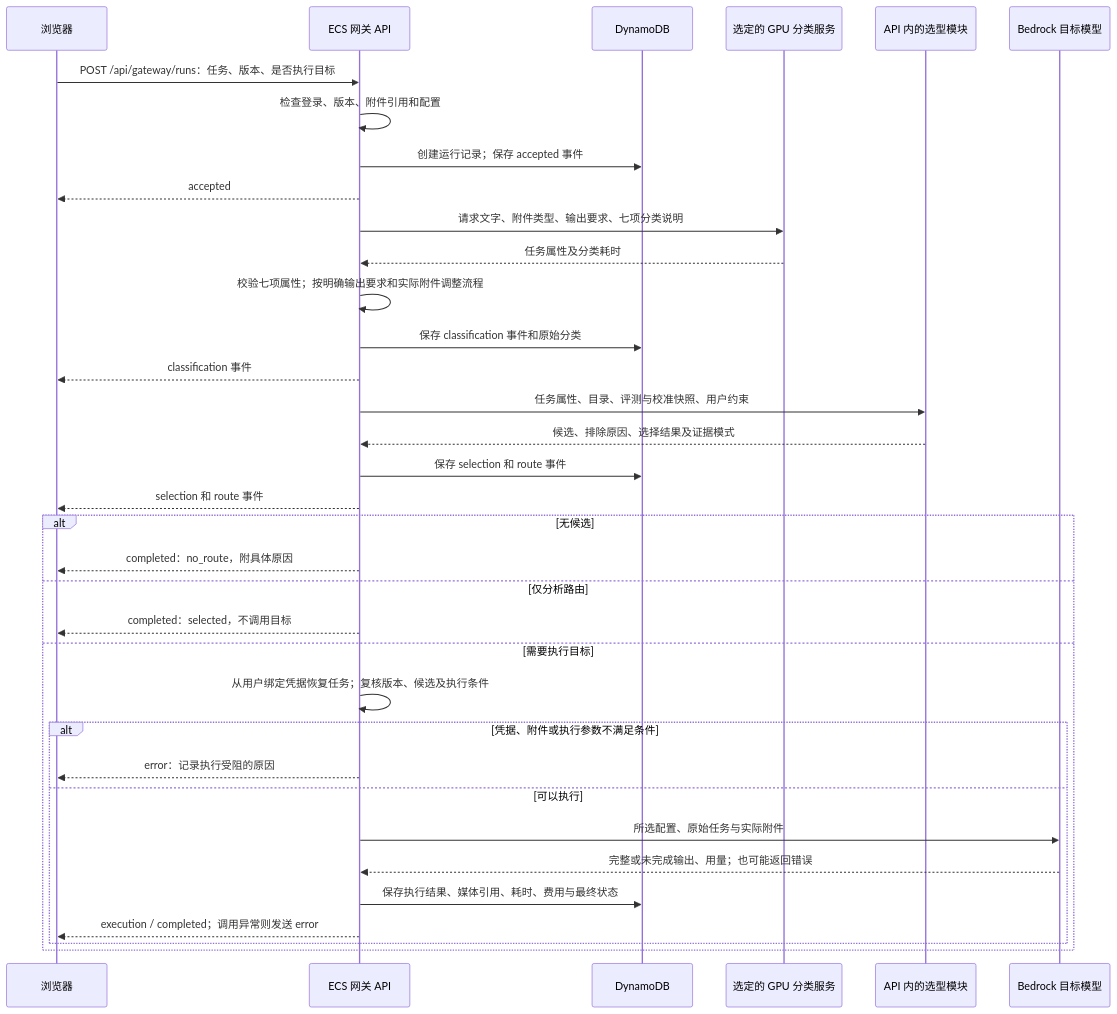
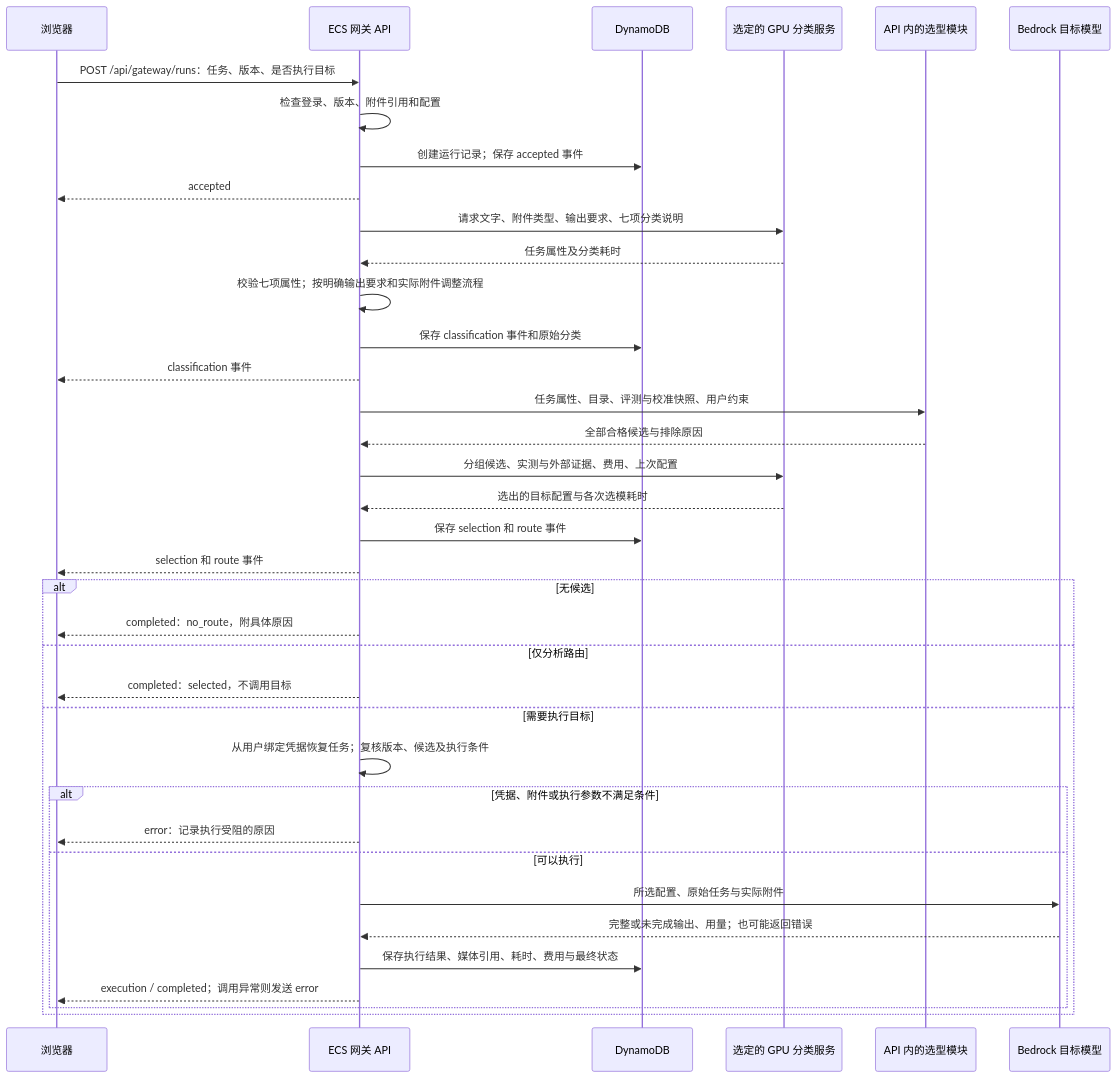
Before and after one commit to milan9527/DeciderModelRouter: the second of 2 diagrams in docs/INDEPENDENT_SERVICE.zh.md, drawn with Mermaid. The commit also changed other lines of this file and 84 other files, not shown here.

````diff
--- a/docs/INDEPENDENT_SERVICE.zh.md
+++ b/docs/INDEPENDENT_SERVICE.zh.md
@@ -62,37 +62,39 @@
 ```mermaid
 sequenceDiagram
     participant UI as 浏览器
     participant API as ECS 网关 API
     participant DB as DynamoDB
     participant GPU as 选定的 GPU 分类服务
     participant SEL as API 内的选型模块
     participant BR as Bedrock 目标模型
     UI->>API: POST /api/gateway/runs：任务、版本、是否执行目标
     API->>API: 检查登录、版本、附件引用和配置
     API->>DB: 创建运行记录；保存 accepted 事件
     API-->>UI: accepted
     API->>GPU: 请求文字、附件类型、输出要求、七项分类说明
     GPU-->>API: 任务属性及分类耗时
     API->>API: 校验七项属性；按明确输出要求和实际附件调整流程
     API->>DB: 保存 classification 事件和原始分类
     API-->>UI: classification 事件
     API->>SEL: 任务属性、目录、评测与校准快照、用户约束
-    SEL-->>API: 候选、排除原因、选择结果及证据模式
+    SEL-->>API: 全部合格候选与排除原因
+    API->>GPU: 分组候选、实测与外部证据、费用、上次配置
+    GPU-->>API: 选出的目标配置与各次选模耗时
     API->>DB: 保存 selection 和 route 事件
     API-->>UI: selection 和 route 事件
     alt 无候选
         API-->>UI: completed：no_route，附具体原因
     else 仅分析路由
         API-->>UI: completed：selected，不调用目标
     else 需要执行目标
         API->>API: 从用户绑定凭据恢复任务；复核版本、候选及执行条件
         alt 凭据、附件或执行参数不满足条件
             API-->>UI: error：记录执行受阻的原因
         else 可以执行
             API->>BR: 所选配置、原始任务与实际附件
             BR-->>API: 完整或未完成输出、用量；也可能返回错误
             API->>DB: 保存执行结果、媒体引用、耗时、费用与最终状态
             API-->>UI: execution / completed；调用异常则发送 error
         end
     end
 ```
````
